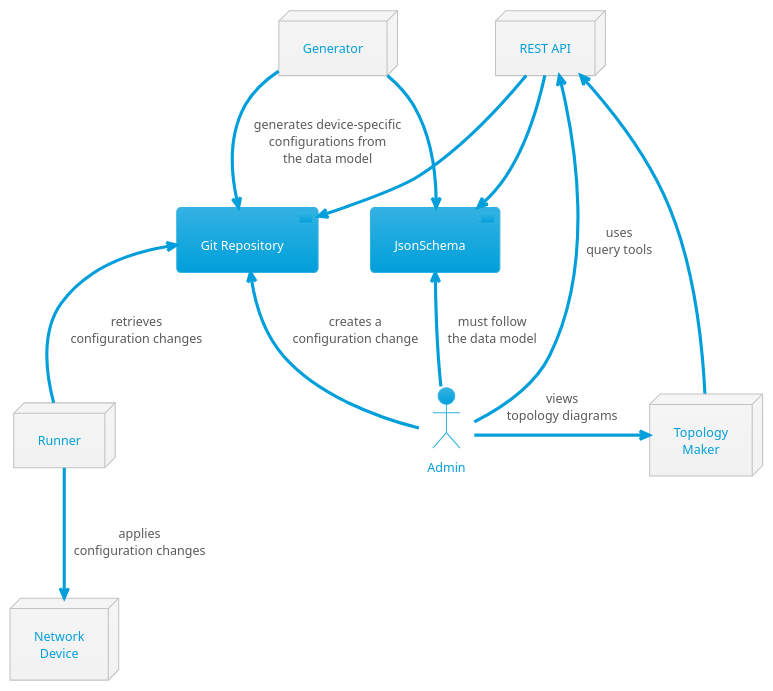
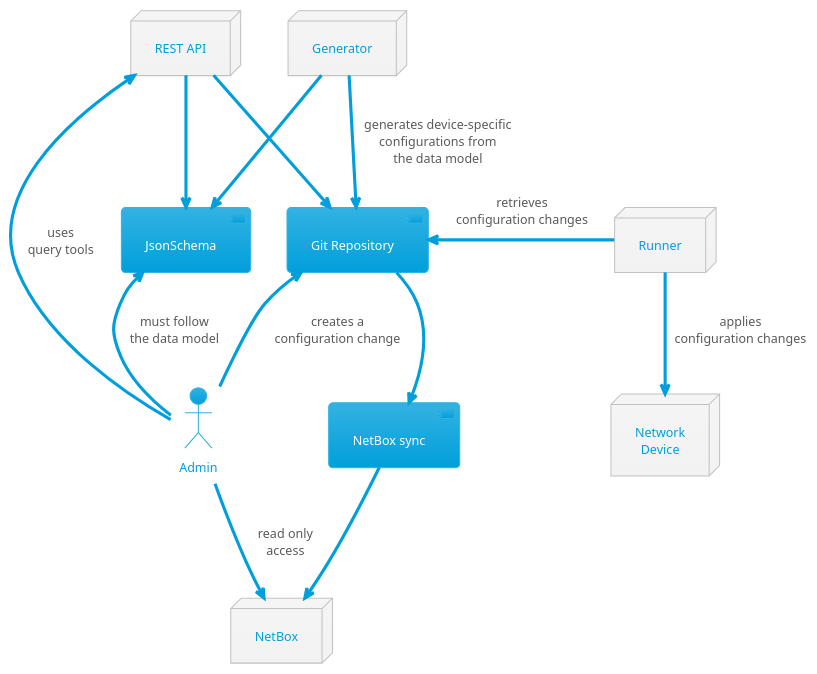
The diagram in docs/structure.puml (rwxd/netauto-git-sot), drawn with PlantUML before and after one commit. The commit also changed 16 other files, not shown here.

```diff
--- a/docs/structure.puml
+++ b/docs/structure.puml
@@ -1,28 +1,33 @@
 @startuml name Git as Source of Truth
 
 !theme bluegray
 skinparam DefaultTextAlignment center
 skinparam BackgroundColor White
 skinparam Dpi 100
 
 node RESTAPI as "REST API"
-node Topology as "Topology\nMaker"
+component Syncer as "NetBox sync"
+node NetBox
+' node Topology as "Topology\nMaker"
 node Generator
 component Repository as "Git Repository"
 node Runner
 node NetworkDevice as "Network\nDevice"
 component JsonSchema
 actor Admin
 
 Generator -down-> JsonSchema
 Generator -down-> Repository: generates device-specific\nconfigurations from\nthe data model
 RESTAPI --> JsonSchema
 RESTAPI -right-> Repository
-Topology -up-> RESTAPI
-Admin -right-> Topology: views\ntopology diagrams
+Repository -down-> Syncer
+Syncer -down-> NetBox
+' Topology -up-> RESTAPI
+' Admin -right-> Topology: views\ntopology diagrams
 Admin -up-> JsonSchema: must follow\nthe data model
 Admin -up-> Repository: creates a\nconfiguration change
 Admin -up-> RESTAPI: uses\nquery tools
-Runner -up-> Repository: retrieves\nconfiguration changes
+Admin -right-> NetBox: read only\naccess
+Runner -right-> Repository: retrieves\nconfiguration changes
 Runner -down-> NetworkDevice: applies\nconfiguration changes
 @enduml
```
